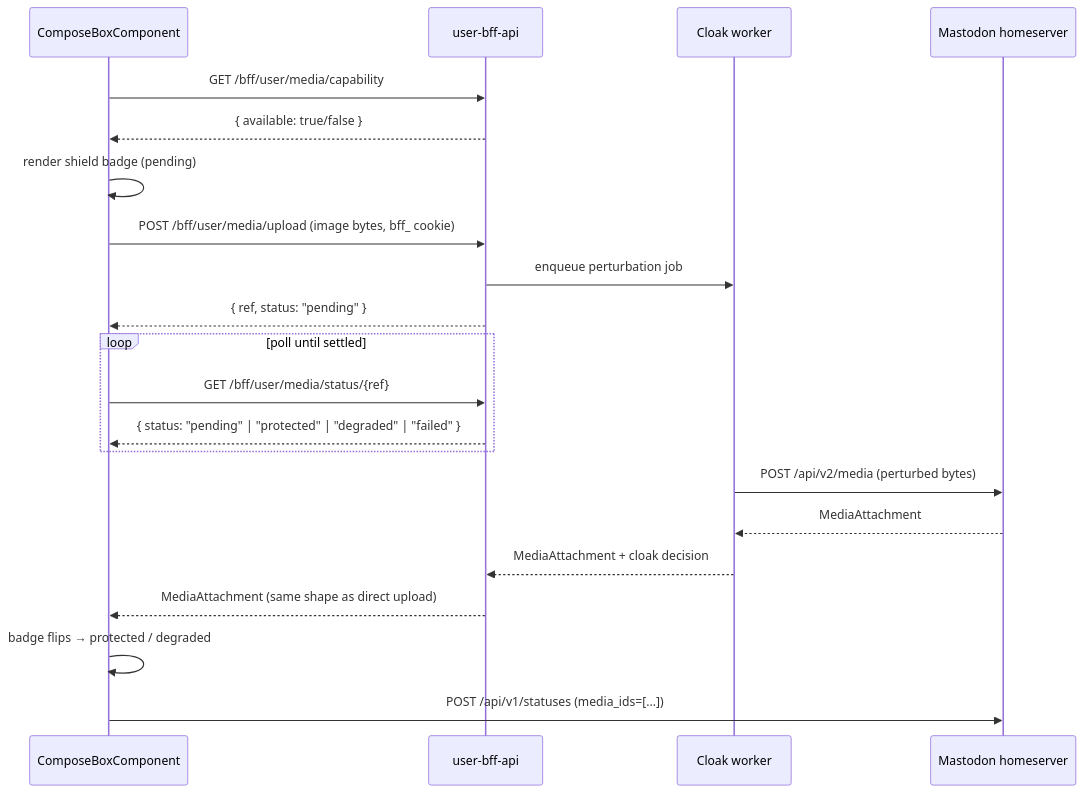
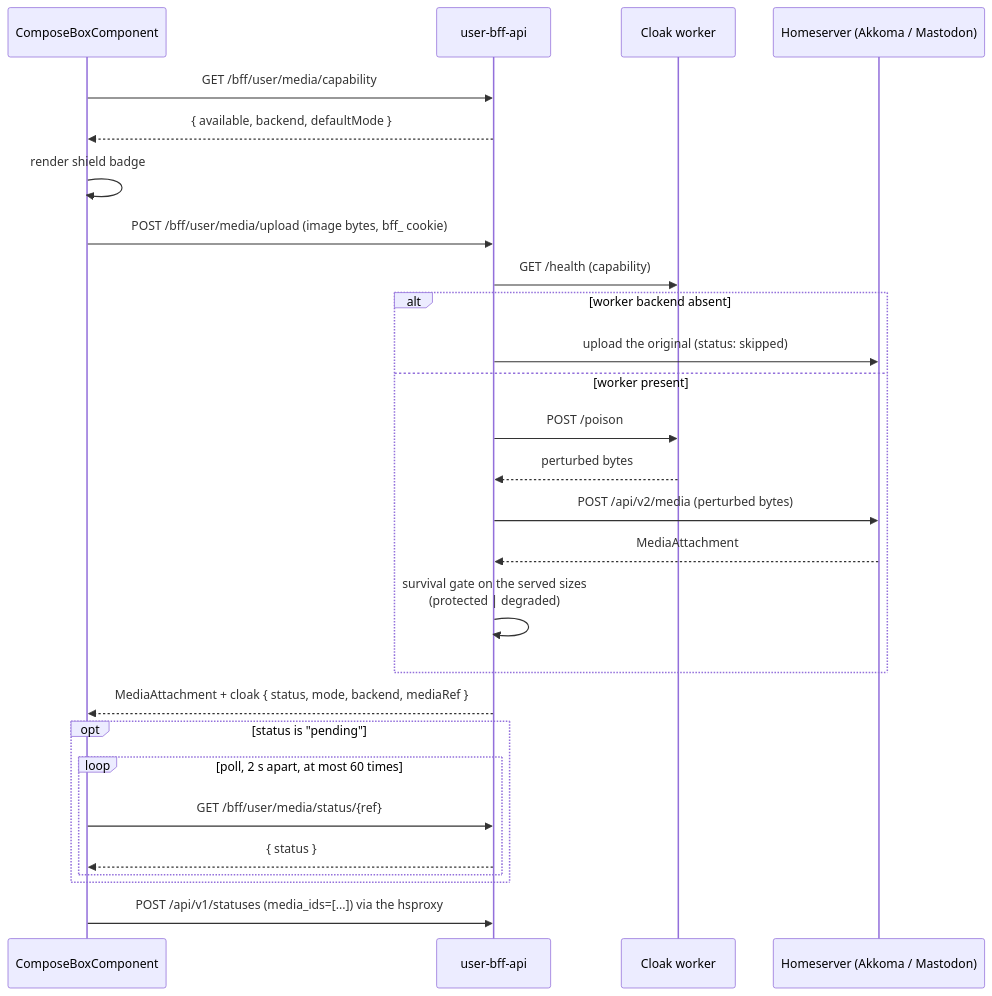
The second of 2 diagrams in README.md (hugmesh/hugmesh-mastodon-ui), drawn with Mermaid before and after one commit. The commit also changed other lines of this file and 1 other file, not shown here.

````diff
--- a/README.md
+++ b/README.md
@@ -292,28 +321,33 @@
 ```mermaid
 sequenceDiagram
     participant C as ComposeBoxComponent
     participant BFF as user-bff-api
     participant W as Cloak worker
-    participant M as Mastodon homeserver
+    participant M as Homeserver (Akkoma / Mastodon)
 
     C->>BFF: GET /bff/user/media/capability
-    BFF-->>C: { available: true/false }
-    C->>C: render shield badge (pending)
+    BFF-->>C: { available, backend, defaultMode }
+    C->>C: render shield badge
 
     C->>BFF: POST /bff/user/media/upload (image bytes, bff_ cookie)
-    BFF->>W: enqueue perturbation job
-    BFF-->>C: { ref, status: "pending" }
+    BFF->>W: GET /health (capability)
+    alt worker backend absent
+        BFF->>M: upload the original (status: skipped)
+    else worker present
+        BFF->>W: POST /poison
+        W-->>BFF: perturbed bytes
+        BFF->>M: POST /api/v2/media (perturbed bytes)
+        M-->>BFF: MediaAttachment
+        BFF->>BFF: survival gate on the served sizes<br/>(protected | degraded)
+    end
+    BFF-->>C: MediaAttachment + cloak { status, mode, backend, mediaRef }
 
-    loop poll until settled
-        C->>BFF: GET /bff/user/media/status/{ref}
-        BFF-->>C: { status: "pending" | "protected" | "degraded" | "failed" }
+    opt status is "pending"
+        loop poll, 2 s apart, at most 60 times
+            C->>BFF: GET /bff/user/media/status/{ref}
+            BFF-->>C: { status }
+        end
     end
 
-    W->>M: POST /api/v2/media (perturbed bytes)
-    M-->>W: MediaAttachment
-    W-->>BFF: MediaAttachment + cloak decision
-    BFF-->>C: MediaAttachment (same shape as direct upload)
-
-    C->>C: badge flips → protected / degraded
-    C->>M: POST /api/v1/statuses (media_ids=[...])
+    C->>BFF: POST /api/v1/statuses (media_ids=[...]) via the hsproxy
 ```
````
